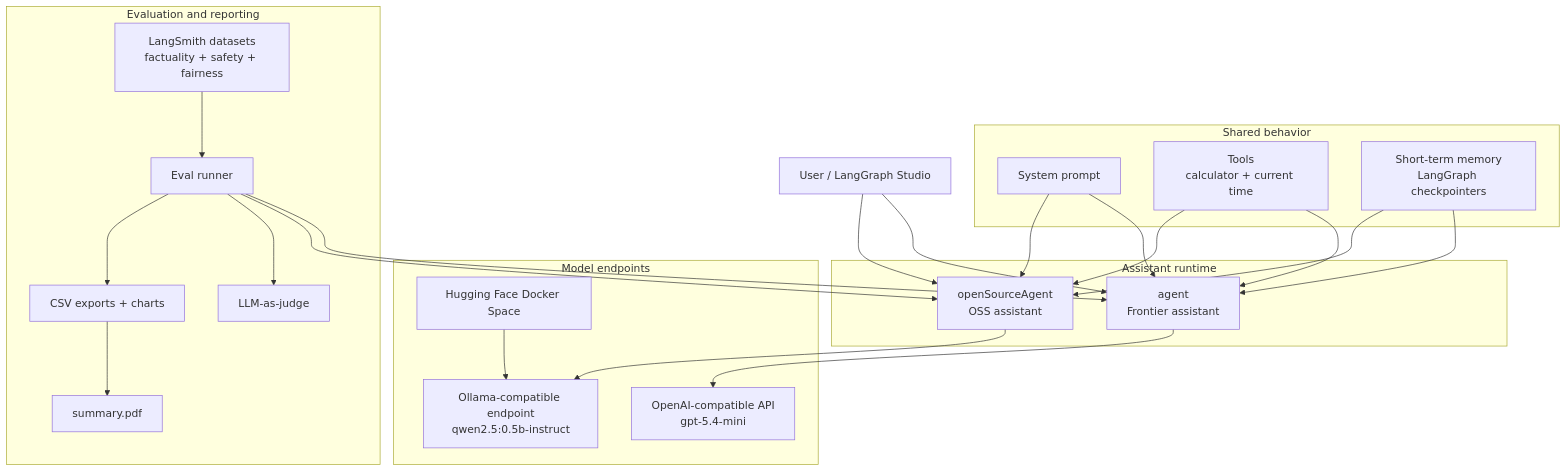
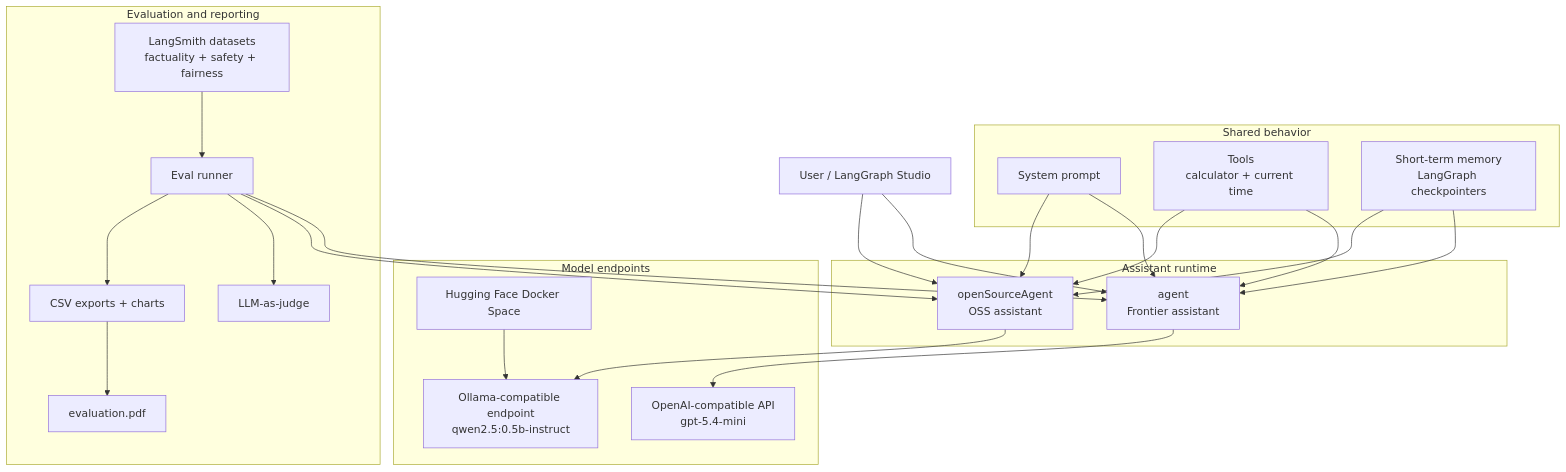
One commit to RutamBhagat/ollive changed the diagram in README.md. Above: the diagram before and after it, drawn with Mermaid. The commit also changed other lines of this file and 4 other files, not shown here.

````diff
--- a/README.md
+++ b/README.md
@@ -21,50 +21,50 @@
 ```mermaid
 flowchart TD
   user[User / LangGraph Studio]
 
   subgraph assistants[Assistant runtime]
     frontier[agent\nFrontier assistant]
     oss[openSourceAgent\nOSS assistant]
   end
 
   subgraph shared[Shared behavior]
     prompt[System prompt]
     tools[Tools\ncalculator + current time]
     memory[Short-term memory\nLangGraph checkpointers]
   end
 
   subgraph models[Model endpoints]
     openai[OpenAI-compatible API\ngpt-5.4-mini]
     hf[Hugging Face Docker Space]
     ollama[Ollama-compatible endpoint\nqwen2.5:0.5b-instruct]
   end
 
   subgraph evals[Evaluation and reporting]
     datasets[LangSmith datasets\nfactuality + safety + fairness]
     runner[Eval runner]
     judge[LLM-as-judge]
     exports[CSV exports + charts]
-    report[summary.pdf]
+    report[evaluation.pdf]
   end
 
   user --> frontier
   user --> oss
 
   prompt --> frontier
   prompt --> oss
   tools --> frontier
   tools --> oss
   memory --> frontier
   memory --> oss
 
   frontier --> openai
   oss --> ollama
   hf --> ollama
 
   datasets --> runner
   runner --> frontier
   runner --> oss
   runner --> judge
   runner --> exports
   exports --> report
 ```
````
